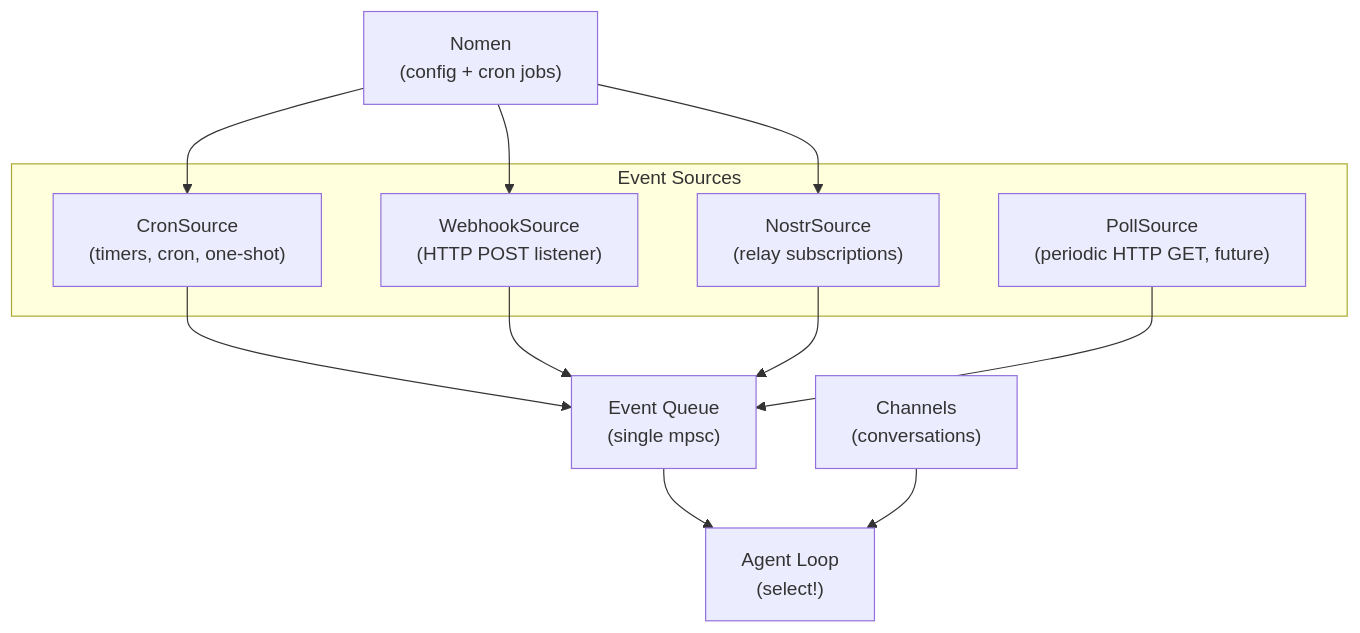
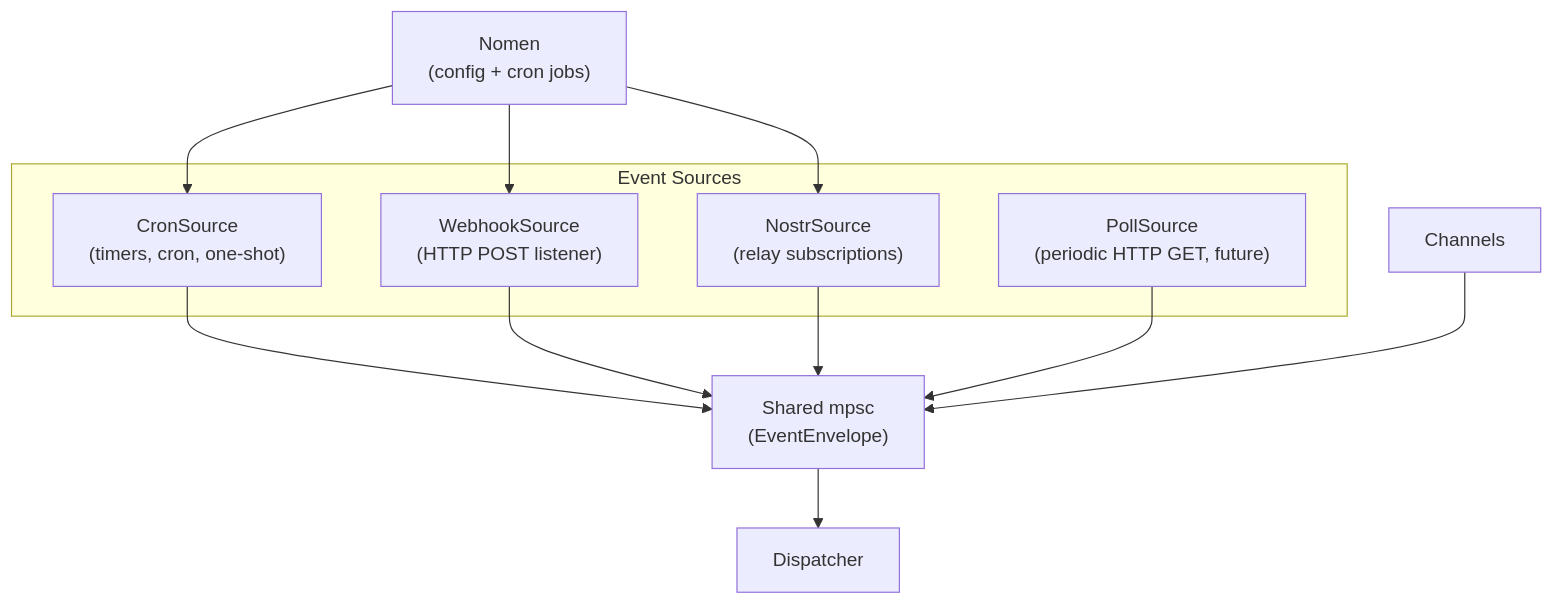
Before and after one commit to k0sti/nocelium: the diagram in docs/event-sources.md, drawn with Mermaid. The commit also changed other lines of this file and 5 other files, not shown here.

First line of the commit message:
docs: unified event dispatch with EventEnvelope, handlers, prompt assembly

````diff
--- a/docs/event-sources.md
+++ b/docs/event-sources.md
@@ -11,24 +13,24 @@
 ```mermaid
 graph TD
     subgraph sources["Event Sources"]
         CRON["CronSource<br/>(timers, cron, one-shot)"]
         WH["WebhookSource<br/>(HTTP POST listener)"]
         NS["NostrSource<br/>(relay subscriptions)"]
         POLL["PollSource<br/>(periodic HTTP GET, future)"]
     end
 
-    QUEUE["Event Queue<br/>(single mpsc)"]
-    AGENT["Agent Loop<br/>(select!)"]
-    CH["Channels<br/>(conversations)"]
+    CH["Channels"]
+    QUEUE["Shared mpsc<br/>(EventEnvelope)"]
+    DISPATCH["Dispatcher"]
     NOMEN["Nomen<br/>(config + cron jobs)"]
 
     CRON --> QUEUE
     WH --> QUEUE
     NS --> QUEUE
     POLL --> QUEUE
-    QUEUE --> AGENT
-    CH --> AGENT
+    CH --> QUEUE
+    QUEUE --> DISPATCH
     NOMEN --> CRON
     NOMEN --> WH
     NOMEN --> NS
 ```
````
